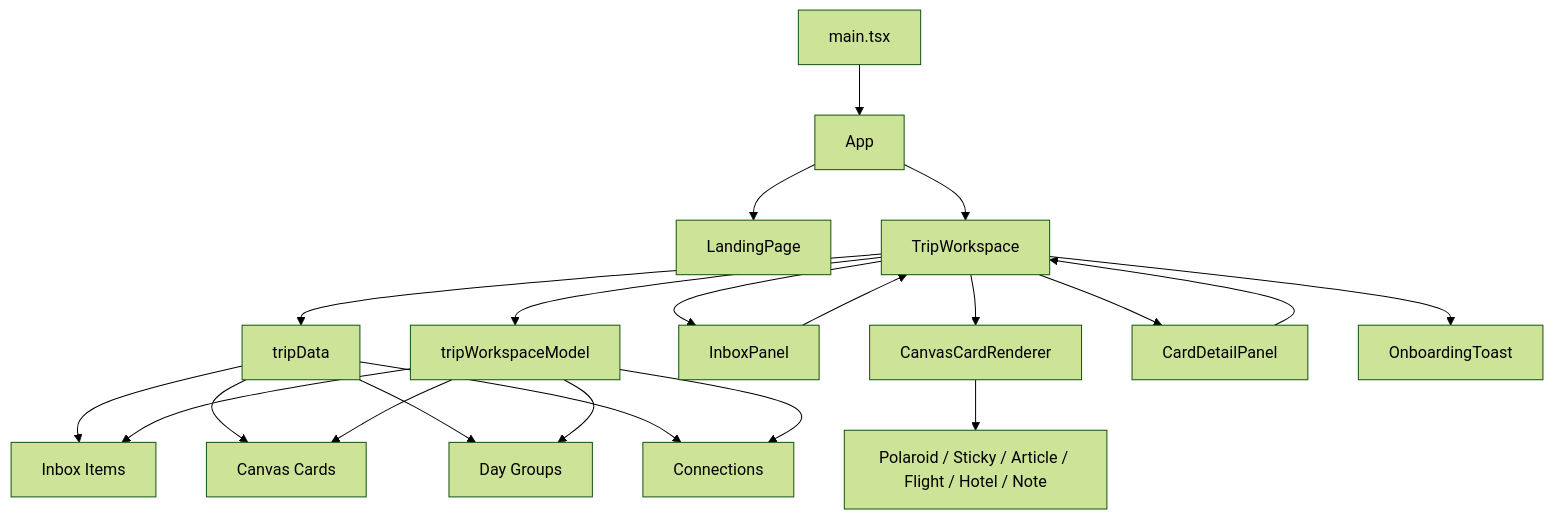
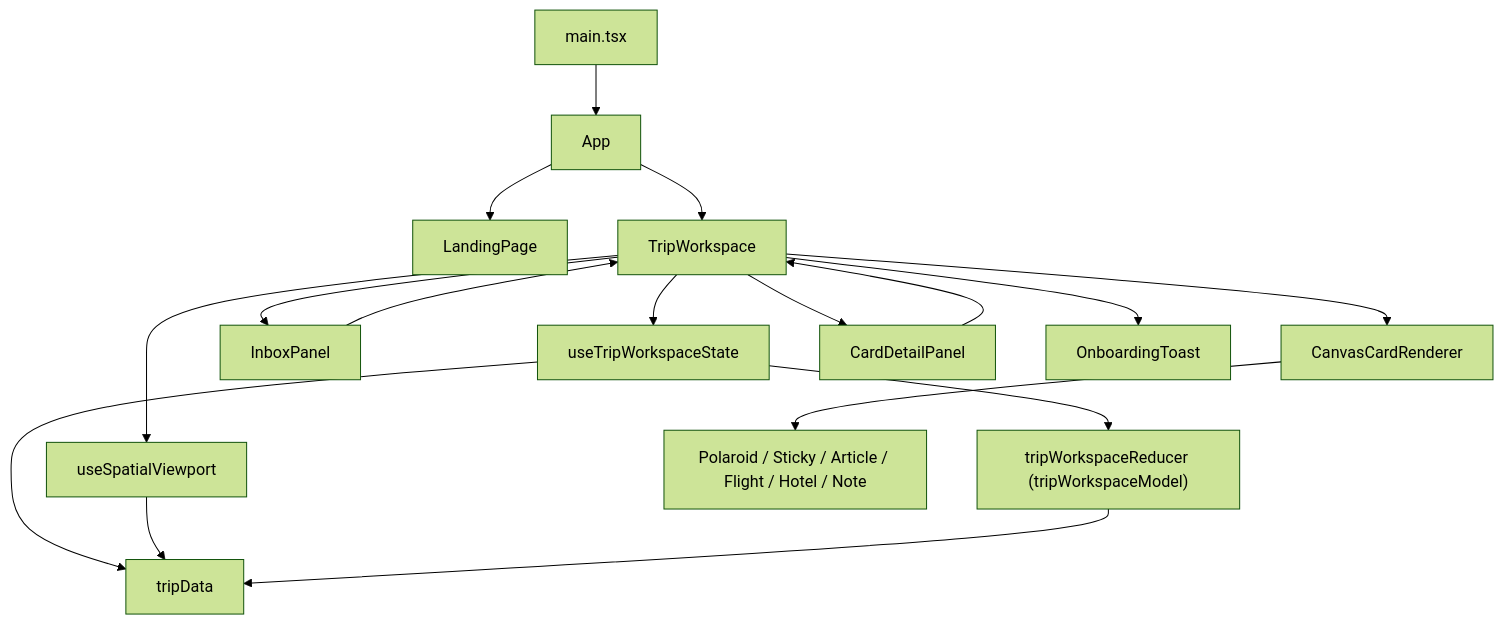
Before and after one commit to caraseli02/ai-travel-spatial-workspace: the diagram in docs/architecture/codebase-map.md, drawn with Mermaid (forest theme). The commit also changed other lines of this file and 6 other files, not shown here.

Commit message:
refactor: consolidate trip workspace state & decouple viewport physics

````diff
--- a/docs/architecture/codebase-map.md
+++ b/docs/architecture/codebase-map.md
@@ -5,27 +5,22 @@
 ```mermaid
 flowchart TD
   main["main.tsx"] --> app["App"]
   app --> landing["LandingPage"]
   app --> workspace["TripWorkspace"]
 
-  workspace --> data["tripData"]
-  workspace --> model["tripWorkspaceModel"]
+  workspace --> hookState["useTripWorkspaceState"]
+  workspace --> hookViewport["useSpatialViewport"]
   workspace --> inbox["InboxPanel"]
   workspace --> cards["CanvasCardRenderer"]
   workspace --> detail["CardDetailPanel"]
   workspace --> toast["OnboardingToast"]
 
-  data --> inboxItems["Inbox Items"]
-  data --> canvasCards["Canvas Cards"]
-  data --> dayGroups["Day Groups"]
-  data --> connections["Connections"]
-
-  model --> inboxItems
-  model --> canvasCards
-  model --> dayGroups
-  model --> connections
+  hookState --> model["tripWorkspaceReducer (tripWorkspaceModel)"]
+  hookState --> data["tripData"]
+  hookViewport --> data
+  model --> data
 
   inbox --> workspace
   detail --> workspace
   cards --> cardTypes["Polaroid / Sticky / Article / Flight / Hotel / Note"]
 ```
````
